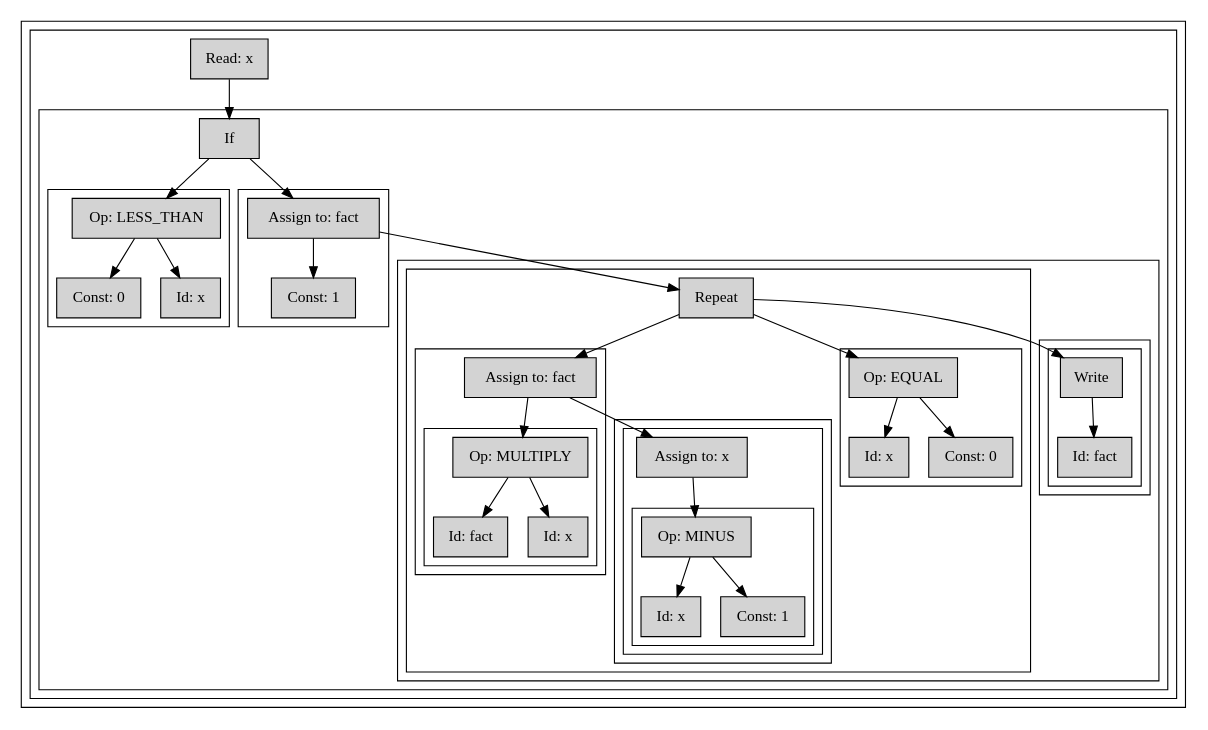
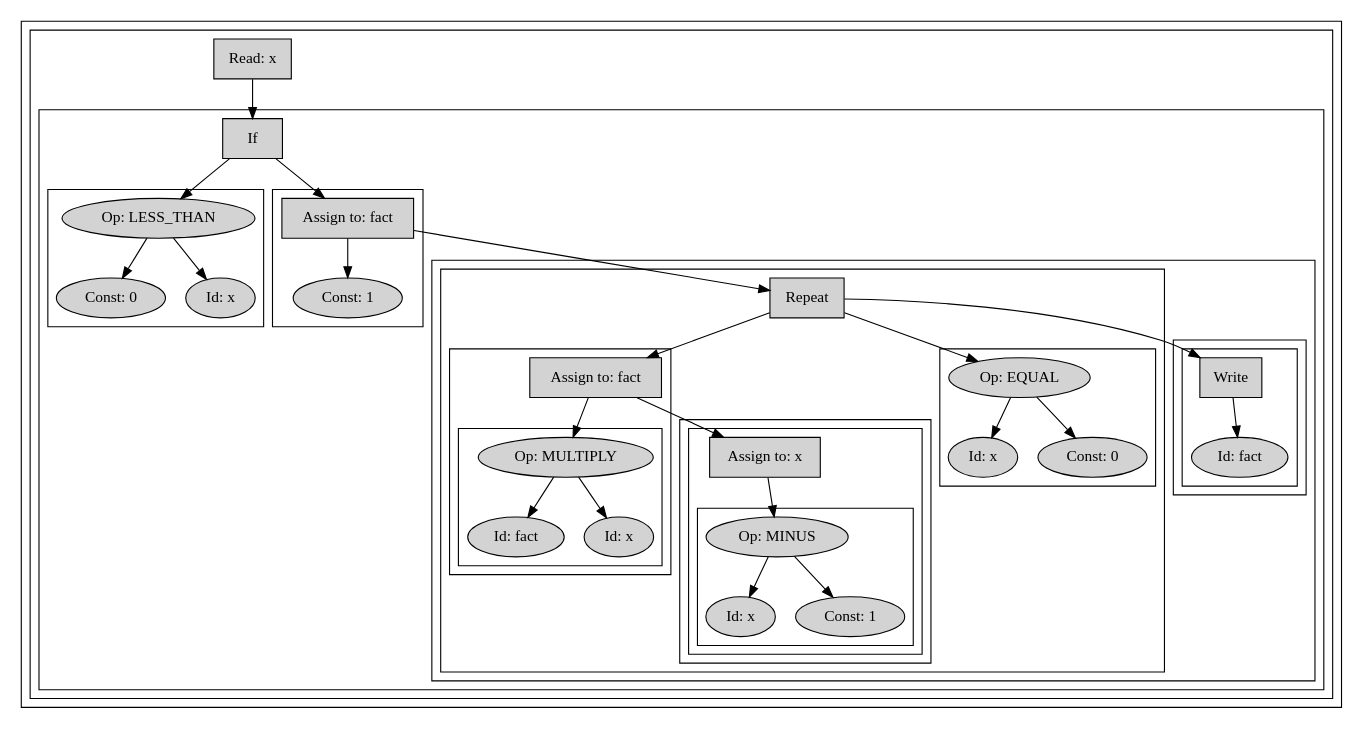
The diagram in data/tree.dot (Zelmoghazy/TINY_Scanner_Parser), drawn with Graphviz before and after one commit. The commit also changed 9 other files, not shown here.

```diff
--- a/data/tree.dot
+++ b/data/tree.dot
@@ -1,173 +1,173 @@
 digraph AST {
 node [shape=box, style=filled, color=black, fillcolor=lightgray];
 subgraph cluster_children {
+rankdir=TB;
+node000001515b3112d0 [label="Read: x", shape=rectangle];
+subgraph cluster_children000001515b3112d0 {
+rankdir=TB;
+}
+subgraph cluster_siblings000001515b3112d0 {
 rankdir=LR;
-node00000132d4e22620 [label="Read: x"];
-subgraph cluster_children00000132d4e22620 {
+node000001515b311370 [label="If", shape=rectangle];
+subgraph cluster_children000001515b311370 {
+rankdir=TB;
+node000001515b311410 [label="Op: LESS_THAN", shape=oval];
+subgraph cluster_children000001515b311410 {
+rankdir=TB;
+node000001515b3113d0 [label="Const: 0", shape=oval];
+subgraph cluster_children000001515b3113d0 {
+rankdir=TB;
+}
+subgraph cluster_siblings000001515b3113d0 {
 rankdir=LR;
 }
-subgraph cluster_siblings00000132d4e22620 {
-rankdir=LR;
-node00000132d4e263d0 [label="If"];
-subgraph cluster_children00000132d4e263d0 {
-rankdir=TB;
-node00000132d4e26470 [label="Op: LESS_THAN"];
-subgraph cluster_children00000132d4e26470 {
-rankdir=TB;
-node00000132d4e26430 [label="Const: 0"];
-subgraph cluster_children00000132d4e26430 {
+node000001515b311410 -> node000001515b3113d0 [dir=down];
+node000001515b311470 [label="Id: x", shape=oval];
+subgraph cluster_children000001515b311470 {
 rankdir=TB;
 }
-subgraph cluster_siblings00000132d4e26430 {
+subgraph cluster_siblings000001515b311470 {
 rankdir=LR;
 }
-node00000132d4e26470 -> node00000132d4e26430 [dir=down];
-node00000132d4e264d0 [label="Id: x"];
-subgraph cluster_children00000132d4e264d0 {
+node000001515b311410 -> node000001515b311470 [dir=down];
+}
+subgraph cluster_siblings000001515b311410 {
+rankdir=LR;
+}
+node000001515b311370 -> node000001515b311410 [dir=down];
+node000001515b311510 [label="Assign to: fact", shape=rectangle];
+subgraph cluster_children000001515b311510 {
+rankdir=TB;
+node000001515b311590 [label="Const: 1", shape=oval];
+subgraph cluster_children000001515b311590 {
 rankdir=TB;
 }
-subgraph cluster_siblings00000132d4e264d0 {
+subgraph cluster_siblings000001515b311590 {
 rankdir=LR;
 }
-node00000132d4e26470 -> node00000132d4e264d0 [dir=down];
+node000001515b311510 -> node000001515b311590 [dir=down];
 }
-subgraph cluster_siblings00000132d4e26470 {
+subgraph cluster_siblings000001515b311510 {
+rankdir=LR;
+node000001515b3115f0 [label="Repeat", shape=rectangle];
+subgraph cluster_children000001515b3115f0 {
+rankdir=TB;
+node000001515b311650 [label="Assign to: fact", shape=rectangle];
+subgraph cluster_children000001515b311650 {
+rankdir=TB;
+node000001515b311730 [label="Op: MULTIPLY", shape=oval];
+subgraph cluster_children000001515b311730 {
+rankdir=TB;
+node000001515b3116d0 [label="Id: fact", shape=oval];
+subgraph cluster_children000001515b3116d0 {
+rankdir=TB;
+}
+subgraph cluster_siblings000001515b3116d0 {
 rankdir=LR;
 }
-node00000132d4e263d0 -> node00000132d4e26470 [dir=down];
-node00000132d4e26570 [label="Assign to: fact"];
-subgraph cluster_children00000132d4e26570 {
-rankdir=TB;
-node00000132d4e265f0 [label="Const: 1"];
-subgraph cluster_children00000132d4e265f0 {
+node000001515b311730 -> node000001515b3116d0 [dir=down];
+node000001515b311790 [label="Id: x", shape=oval];
+subgraph cluster_children000001515b311790 {
 rankdir=TB;
 }
-subgraph cluster_siblings00000132d4e265f0 {
+subgraph cluster_siblings000001515b311790 {
 rankdir=LR;
 }
-node00000132d4e26570 -> node00000132d4e265f0 [dir=down];
+node000001515b311730 -> node000001515b311790 [dir=down];
 }
-subgraph cluster_siblings00000132d4e26570 {
+subgraph cluster_siblings000001515b311730 {
 rankdir=LR;
-node00000132d4e26650 [label="Repeat"];
-subgraph cluster_children00000132d4e26650 {
+}
+node000001515b311650 -> node000001515b311730 [dir=down];
+}
+subgraph cluster_siblings000001515b311650 {
+rankdir=LR;
+node000001515b311de0 [label="Assign to: x", shape=rectangle];
+subgraph cluster_children000001515b311de0 {
 rankdir=TB;
-node00000132d4e266b0 [label="Assign to: fact"];
-subgraph cluster_children00000132d4e266b0 {
+node000001515b311e60 [label="Op: MINUS", shape=oval];
+subgraph cluster_children000001515b311e60 {
 rankdir=TB;
-node00000132d4e26790 [label="Op: MULTIPLY"];
-subgraph cluster_children00000132d4e26790 {
-rankdir=TB;
-node00000132d4e26730 [label="Id: fact"];
-subgraph cluster_children00000132d4e26730 {
+node000001515b311e20 [label="Id: x", shape=oval];
+subgraph cluster_children000001515b311e20 {
 rankdir=TB;
 }
-subgraph cluster_siblings00000132d4e26730 {
+subgraph cluster_siblings000001515b311e20 {
 rankdir=LR;
 }
-node00000132d4e26790 -> node00000132d4e26730 [dir=down];
-node00000132d4e267f0 [label="Id: x"];
-subgraph cluster_children00000132d4e267f0 {
+node000001515b311e60 -> node000001515b311e20 [dir=down];
+node000001515b311ea0 [label="Const: 1", shape=oval];
+subgraph cluster_children000001515b311ea0 {
 rankdir=TB;
 }
-subgraph cluster_siblings00000132d4e267f0 {
+subgraph cluster_siblings000001515b311ea0 {
 rankdir=LR;
 }
-node00000132d4e26790 -> node00000132d4e267f0 [dir=down];
+node000001515b311e60 -> node000001515b311ea0 [dir=down];
 }
-subgraph cluster_siblings00000132d4e26790 {
+subgraph cluster_siblings000001515b311e60 {
 rankdir=LR;
 }
-node00000132d4e266b0 -> node00000132d4e26790 [dir=down];
+node000001515b311de0 -> node000001515b311e60 [dir=down];
 }
-subgraph cluster_siblings00000132d4e266b0 {
+subgraph cluster_siblings000001515b311de0 {
 rankdir=LR;
-node00000132d4e26e60 [label="Assign to: x"];
-subgraph cluster_children00000132d4e26e60 {
+}
+node000001515b311650 -> node000001515b311de0 [dir=right];
+}
+node000001515b3115f0 -> node000001515b311650 [dir=down];
+node000001515b318090 [label="Op: EQUAL", shape=oval];
+subgraph cluster_children000001515b318090 {
 rankdir=TB;
-node00000132d4e26ee0 [label="Op: MINUS"];
-subgraph cluster_children00000132d4e26ee0 {
-rankdir=TB;
-node00000132d4e26ea0 [label="Id: x"];
-subgraph cluster_children00000132d4e26ea0 {
+node000001515b311ee0 [label="Id: x", shape=oval];
+subgraph cluster_children000001515b311ee0 {
 rankdir=TB;
 }
-subgraph cluster_siblings00000132d4e26ea0 {
+subgraph cluster_siblings000001515b311ee0 {
 rankdir=LR;
 }
-node00000132d4e26ee0 -> node00000132d4e26ea0 [dir=down];
-node00000132d4e26f20 [label="Const: 1"];
-subgraph cluster_children00000132d4e26f20 {
+node000001515b318090 -> node000001515b311ee0 [dir=down];
+node000001515b318310 [label="Const: 0", shape=oval];
+subgraph cluster_children000001515b318310 {
 rankdir=TB;
 }
-subgraph cluster_siblings00000132d4e26f20 {
+subgraph cluster_siblings000001515b318310 {
 rankdir=LR;
 }
-node00000132d4e26ee0 -> node00000132d4e26f20 [dir=down];
+node000001515b318090 -> node000001515b318310 [dir=down];
 }
-subgraph cluster_siblings00000132d4e26ee0 {
+subgraph cluster_siblings000001515b318090 {
 rankdir=LR;
 }
-node00000132d4e26e60 -> node00000132d4e26ee0 [dir=down];
+node000001515b3115f0 -> node000001515b318090 [dir=down];
 }
-subgraph cluster_siblings00000132d4e26e60 {
+subgraph cluster_siblings000001515b3115f0 {
+rankdir=LR;
+node000001515b317fd0 [label="Write", shape=rectangle];
+subgraph cluster_children000001515b317fd0 {
+rankdir=TB;
+node000001515b3180d0 [label="Id: fact", shape=oval];
+subgraph cluster_children000001515b3180d0 {
+rankdir=TB;
+}
+subgraph cluster_siblings000001515b3180d0 {
 rankdir=LR;
 }
-node00000132d4e266b0 -> node00000132d4e26e60 [dir=right];
+node000001515b317fd0 -> node000001515b3180d0 [dir=down];
 }
-node00000132d4e26650 -> node00000132d4e266b0 [dir=down];
-node00000132d4e270f0 [label="Op: EQUAL"];
-subgraph cluster_children00000132d4e270f0 {
-rankdir=TB;
-node00000132d4e272f0 [label="Id: x"];
-subgraph cluster_children00000132d4e272f0 {
-rankdir=TB;
-}
-subgraph cluster_siblings00000132d4e272f0 {
+subgraph cluster_siblings000001515b317fd0 {
 rankdir=LR;
 }
-node00000132d4e270f0 -> node00000132d4e272f0 [dir=down];
-node00000132d4e27530 [label="Const: 0"];
-subgraph cluster_children00000132d4e27530 {
-rankdir=TB;
+node000001515b3115f0 -> node000001515b317fd0 [dir=right];
 }
-subgraph cluster_siblings00000132d4e27530 {
+node000001515b311510 -> node000001515b3115f0 [dir=right];
+}
+node000001515b311370 -> node000001515b311510 [dir=down];
+}
+subgraph cluster_siblings000001515b311370 {
 rankdir=LR;
 }
-node00000132d4e270f0 -> node00000132d4e27530 [dir=down];
-}
-subgraph cluster_siblings00000132d4e270f0 {
-rankdir=LR;
-}
-node00000132d4e26650 -> node00000132d4e270f0 [dir=down];
-}
-subgraph cluster_siblings00000132d4e26650 {
-rankdir=LR;
-node00000132d4e27570 [label="Write"];
-subgraph cluster_children00000132d4e27570 {
-rankdir=TB;
-node00000132d4e27070 [label="Id: fact"];
-subgraph cluster_children00000132d4e27070 {
-rankdir=TB;
-}
-subgraph cluster_siblings00000132d4e27070 {
-rankdir=LR;
-}
-node00000132d4e27570 -> node00000132d4e27070 [dir=down];
-}
-subgraph cluster_siblings00000132d4e27570 {
-rankdir=LR;
-}
-node00000132d4e26650 -> node00000132d4e27570 [dir=right];
-}
-node00000132d4e26570 -> node00000132d4e26650 [dir=right];
-}
-node00000132d4e263d0 -> node00000132d4e26570 [dir=down];
-}
-subgraph cluster_siblings00000132d4e263d0 {
-rankdir=LR;
-}
-node00000132d4e22620 -> node00000132d4e263d0 [dir=right];
+node000001515b3112d0 -> node000001515b311370 [dir=right];
 }
 }
 }
```
